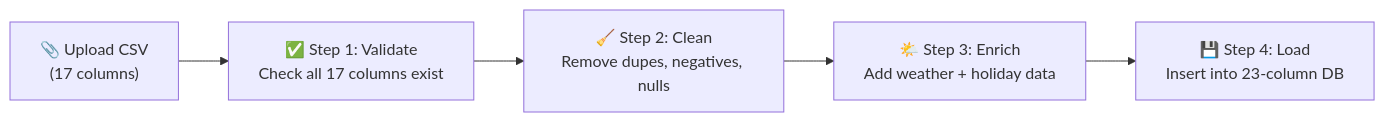
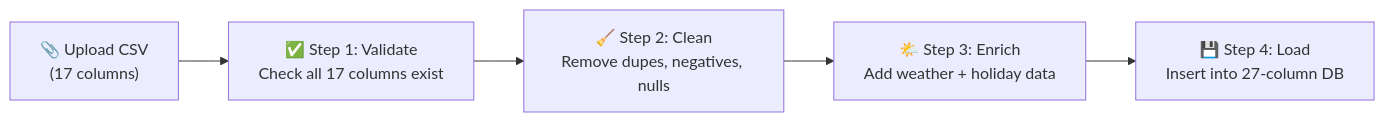
The second of 6 diagrams in coffee_forecasting_system_manual.md (Kama1804/-coffee_forecasting_system), drawn with Mermaid before and after one commit. The commit also changed other lines of this file, not shown here.

Commit message:
Update user manual to document Page 8 (User Manual Landing), correct database schema column counts, and update exact file line counts

````diff
--- a/coffee_forecasting_system_manual.md
+++ b/coffee_forecasting_system_manual.md
@@ -221,7 +223,7 @@
 ```mermaid
 graph LR
     A["📎 Upload CSV<br>(17 columns)"] --> B["✅ Step 1: Validate<br>Check all 17 columns exist"]
     B --> C["🧹 Step 2: Clean<br>Remove dupes, negatives, nulls"]
     C --> D["🌤️ Step 3: Enrich<br>Add weather + holiday data"]
-    D --> E["💾 Step 4: Load<br>Insert into 23-column DB"]
+    D --> E["💾 Step 4: Load<br>Insert into 27-column DB"]
 ```
````
